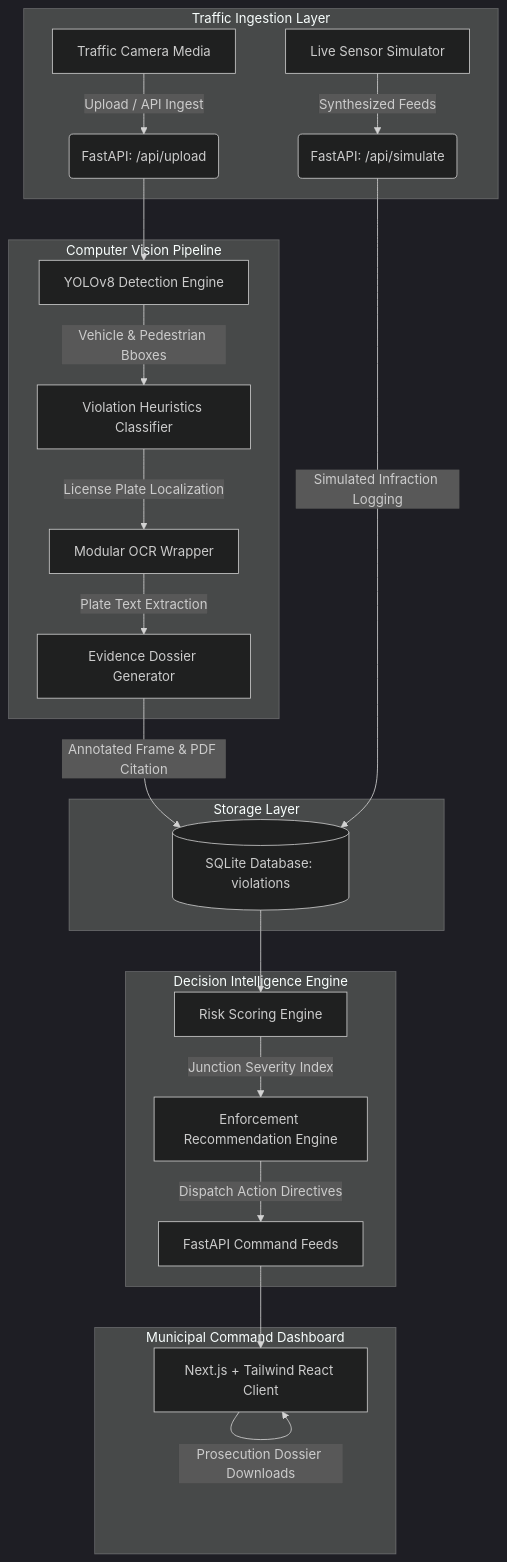
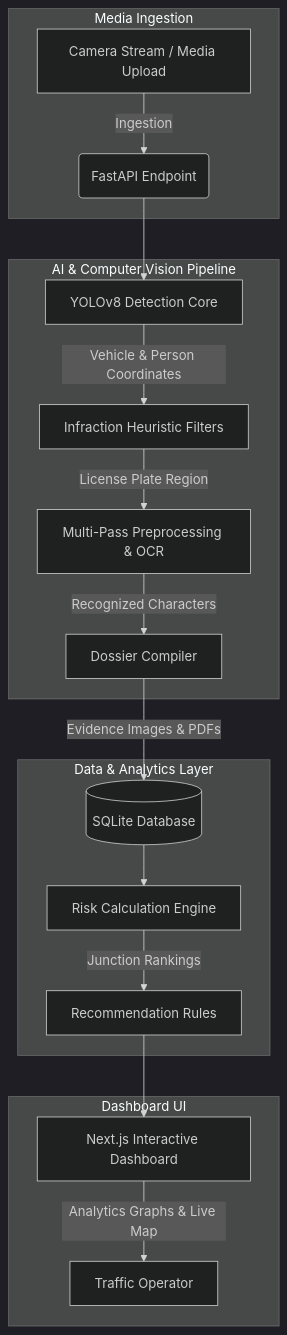
The diagram in README.md (Aryan-Shan/EyeOfLaw), drawn with Mermaid (dark theme) before and after one commit. The commit also changed other lines of this file and 51 other files, not shown here.

````diff
--- a/README.md
+++ b/README.md
@@ -22,32 +38,24 @@
 ```mermaid
 graph TD
-    subgraph Traffic Ingestion Layer
-        A[Traffic Camera Media] -->|Upload / API Ingest| B(FastAPI: /api/upload)
-        C[Live Sensor Simulator] -->|Synthesized Feeds| D(FastAPI: /api/simulate)
+    subgraph Media Ingestion
+        A[Camera Stream / Media Upload] -->|Ingestion| B(FastAPI Endpoint)
     end
     
-    subgraph Computer Vision Pipeline
-        B --> E[YOLOv8 Detection Engine]
-        E -->|Vehicle & Pedestrian Bboxes| F[Violation Heuristics Classifier]
-        F -->|License Plate Localization| G[Modular OCR Wrapper]
-        G -->|Plate Text Extraction| H[Evidence Dossier Generator]
+    subgraph AI & Computer Vision Pipeline
+        B --> C[YOLOv8 Detection Core]
+        C -->|Vehicle & Person Coordinates| D[Infraction Heuristic Filters]
+        D -->|License Plate Region| E[Multi-Pass Preprocessing & OCR]
+        E -->|Recognized Characters| F[Dossier Compiler]
     end
     
-    subgraph Storage Layer
-        H -->|Annotated Frame & PDF Citation| I[(SQLite Database: violations)]
-        D -->|Simulated Infraction Logging| I
+    subgraph Data & Analytics Layer
+        F -->|Evidence Images & PDFs| G[(SQLite Database)]
+        G --> H[Risk Calculation Engine]
+        H -->|Junction Rankings| I[Recommendation Rules]
     end
     
-    subgraph Decision Intelligence Engine
-        I --> J[Risk Scoring Engine]
-        J -->|Junction Severity Index| K[Enforcement Recommendation Engine]
-        K -->|Dispatch Action Directives| L[FastAPI Command Feeds]
-    end
-    
-    subgraph Municipal Command Dashboard
-        L --> M[Next.js + Tailwind React Client]
-        M -->|Interactive GIS Maps| M
-        M -->|Recharts Real-time Analytics| M
-        M -->|Prosecution Dossier Downloads| M
+    subgraph Dashboard UI
+        I --> J[Next.js Interactive Dashboard]
+        J -->|Analytics Graphs & Live Map| Client[Traffic Operator]
     end
 ```
````
